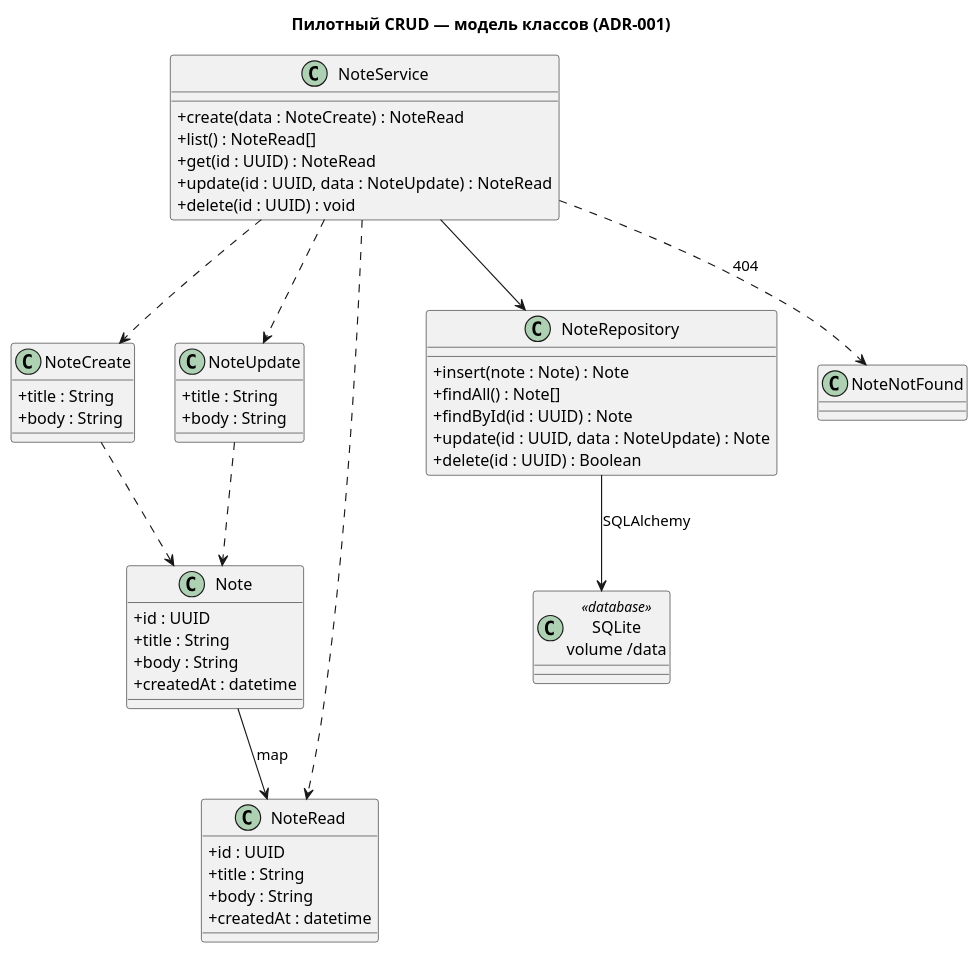
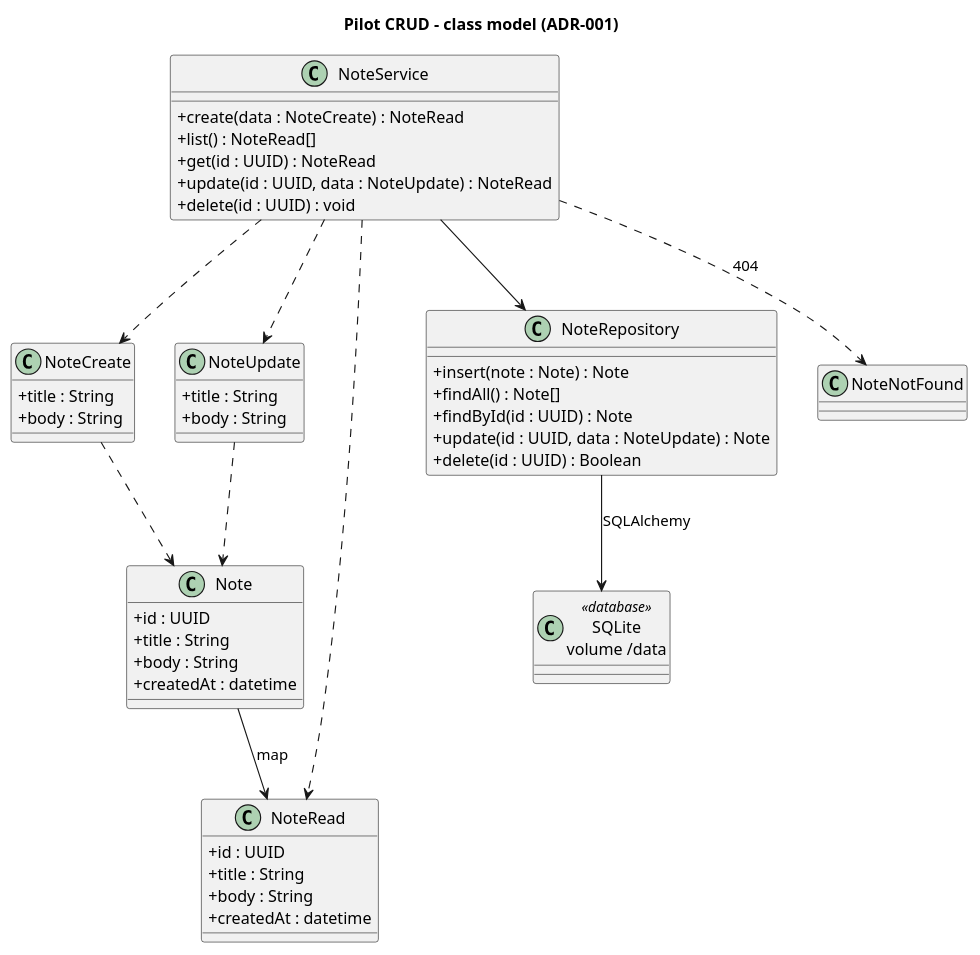
Before and after one commit to serge-sasov/harness: the diagram in docs/description/diagrams/class-pilot.puml, drawn with PlantUML. The commit also changed 62 other files, not shown here.

```diff
--- a/docs/description/diagrams/class-pilot.puml
+++ b/docs/description/diagrams/class-pilot.puml
@@ -1,59 +1,59 @@
 @startuml
 skinparam defaultFontName Segoe UI
 skinparam classAttributeIconSize 0
-title Пилотный CRUD — модель классов (ADR-001)
+title Pilot CRUD - class model (ADR-001)
 
 class Note {
   +id : UUID
   +title : String
   +body : String
   +createdAt : datetime
 }
 
 class NoteCreate {
   +title : String
   +body : String
 }
 
 class NoteUpdate {
   +title : String
   +body : String
 }
 
 class NoteRead {
   +id : UUID
   +title : String
   +body : String
   +createdAt : datetime
 }
 
 class NoteService {
   +create(data : NoteCreate) : NoteRead
   +list() : NoteRead[]
   +get(id : UUID) : NoteRead
   +update(id : UUID, data : NoteUpdate) : NoteRead
   +delete(id : UUID) : void
 }
 
 class NoteRepository {
   +insert(note : Note) : Note
   +findAll() : Note[]
   +findById(id : UUID) : Note
   +update(id : UUID, data : NoteUpdate) : Note
   +delete(id : UUID) : Boolean
 }
 
 class NoteNotFound
 
 class "SQLite\nvolume /data" as db <<database>>
 
 NoteService --> NoteRepository
 NoteRepository --> db : SQLAlchemy
 NoteService ..> NoteCreate
 NoteService ..> NoteUpdate
 NoteService ..> NoteRead
 NoteService ..> NoteNotFound : 404
 NoteCreate ..> Note
 NoteUpdate ..> Note
 Note --> NoteRead : map
 @enduml
```
